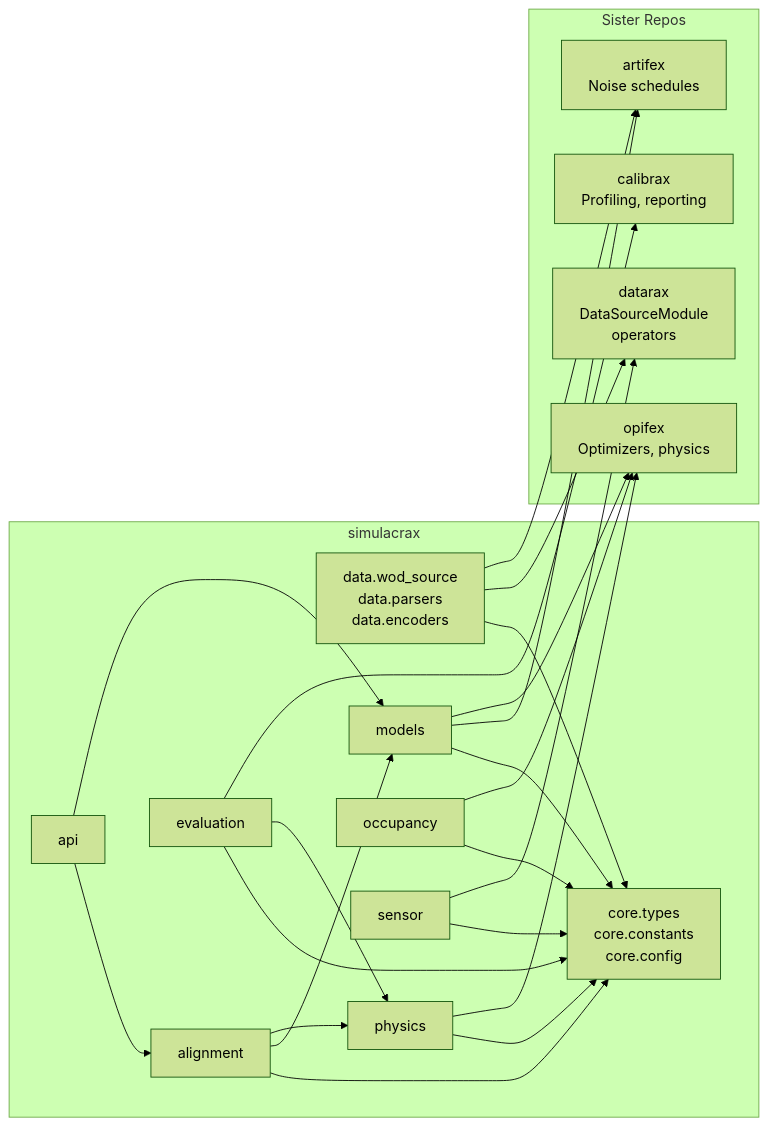
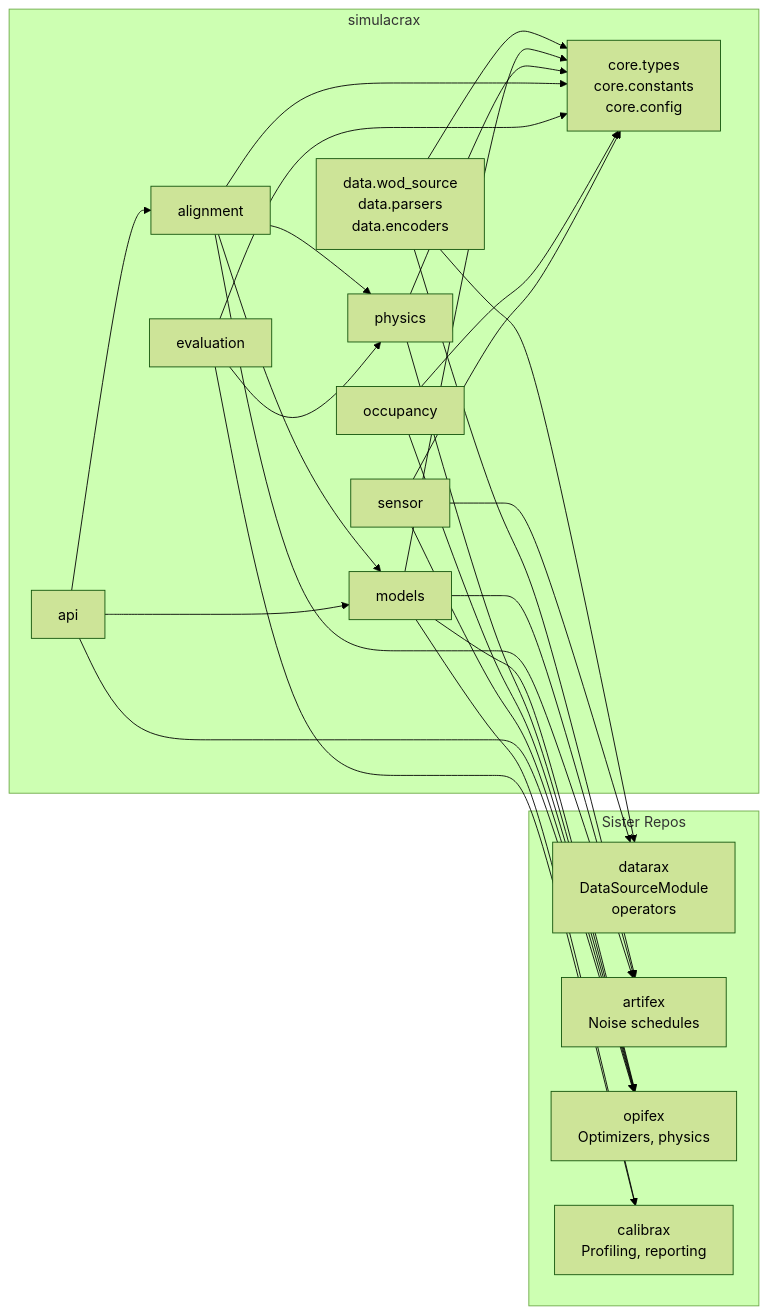
The second of 2 diagrams in docs/development/architecture.md (avitai/DiffAV), drawn with Mermaid (forest theme) before and after one commit. The commit also changed other lines of this file and 25 other files, not shown here.

````diff
--- a/docs/development/architecture.md
+++ b/docs/development/architecture.md
@@ -41,42 +52,46 @@
 ```mermaid
 graph LR
     subgraph "simulacrax"
         core[core.types<br/>core.constants<br/>core.config]
         data[data.wod_source<br/>data.parsers<br/>data.encoders]
         models[models]
         physics[physics]
         alignment[alignment]
         evaluation[evaluation]
         occupancy[occupancy]
         sensor[sensor]
         api[api]
     end
 
     subgraph "Sister Repos"
         datarax[datarax<br/>DataSourceModule<br/>operators]
         artifex[artifex<br/>Noise schedules]
         opifex[opifex<br/>Optimizers, physics]
         calibrax[calibrax<br/>Profiling, reporting]
     end
 
     data --> core
     data --> datarax
     data --> artifex
     models --> core
     models --> artifex
     models --> opifex
+    models --> calibrax
     physics --> core
     physics --> opifex
     alignment --> core
     alignment --> models
     alignment --> physics
+    alignment --> artifex
     evaluation --> core
     evaluation --> physics
     evaluation --> calibrax
     occupancy --> core
     occupancy --> opifex
     sensor --> core
     sensor --> datarax
+    sensor --> opifex
     api --> alignment
     api --> models
+    api --> opifex
 ```
````
